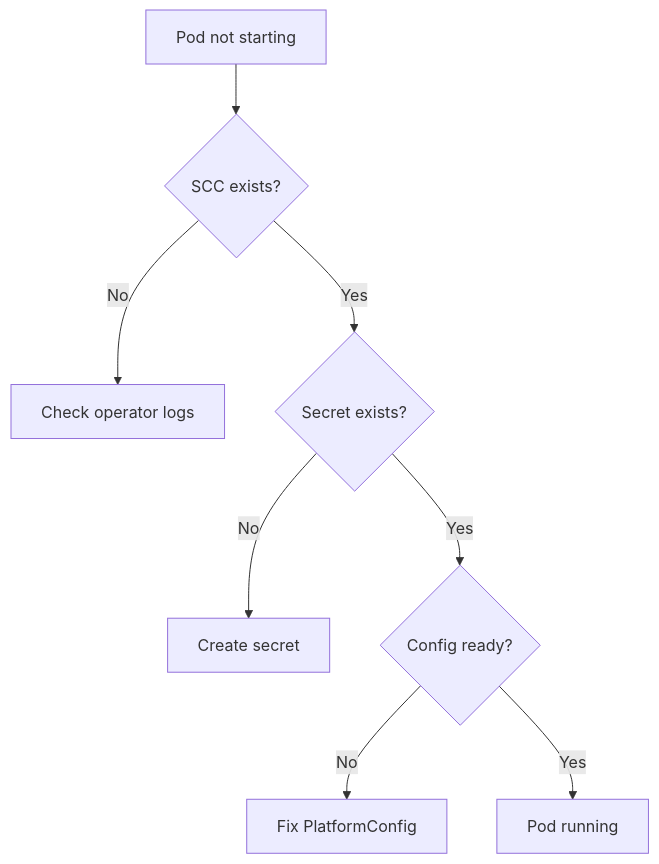
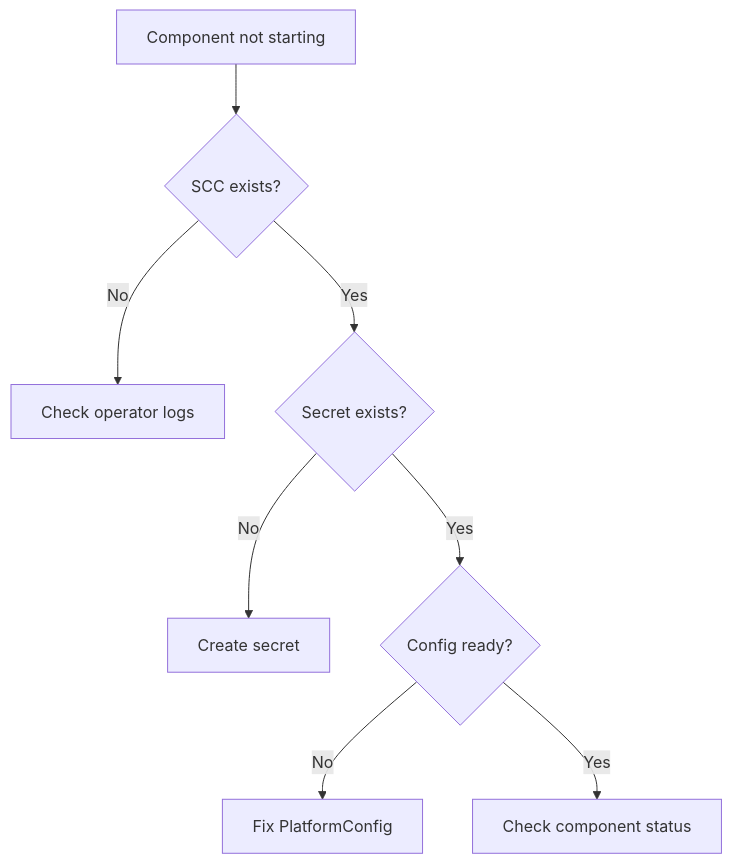
Diagram 12 of 12 in docs/blog.md (nelssec/qualys-nanny), drawn with Mermaid before and after one commit. The commit also changed other lines of this file and 10 other files, not shown here.

````diff
--- a/docs/blog.md
+++ b/docs/blog.md
@@ -376,19 +496,19 @@
 ```mermaid
 flowchart TD
-    START[Pod not starting]
+    START[Component not starting]
     A{SCC exists?}
     B[Check operator logs]
     C{Secret exists?}
     D[Create secret]
     E{Config ready?}
     F[Fix PlatformConfig]
-    G[Pod running]
+    G[Check component status]
 
     START --> A
     A -->|No| B
     A -->|Yes| C
     C -->|No| D
     C -->|Yes| E
     E -->|No| F
     E -->|Yes| G
 ```
````
